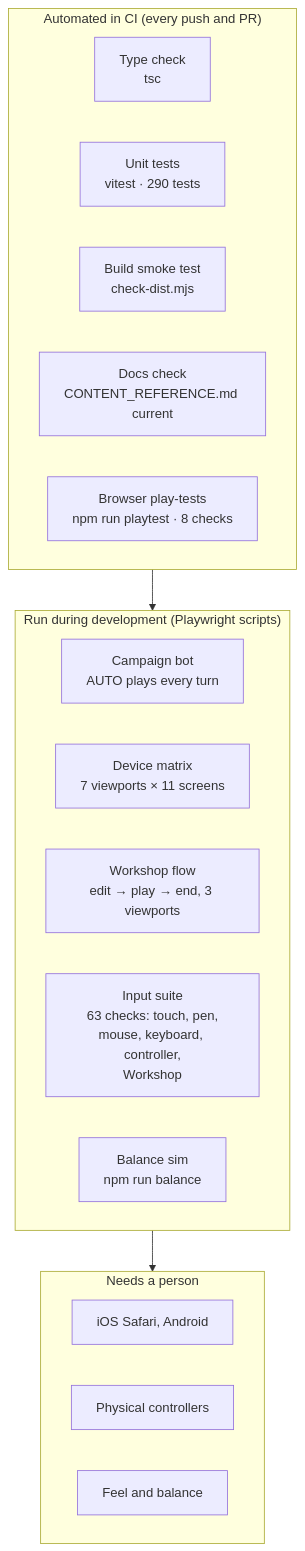
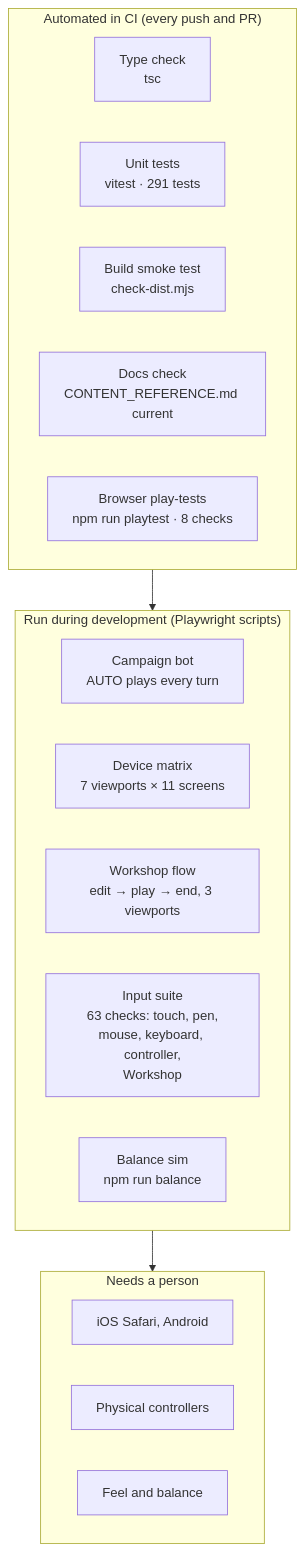
Before and after one commit to CptNope/Chess-RPG-Tactics: the diagram in docs/TESTING.md, drawn with Mermaid. The commit also changed other lines of this file and 11 other files, not shown here.

````diff
--- a/docs/TESTING.md
+++ b/docs/TESTING.md
@@ -9,23 +9,23 @@
 ```mermaid
 flowchart TB
     subgraph Auto["Automated in CI (every push and PR)"]
         T1["Type check<br/>tsc"]
-        T2["Unit tests<br/>vitest · 290 tests"]
+        T2["Unit tests<br/>vitest · 291 tests"]
         T3["Build smoke test<br/>check-dist.mjs"]
         T4["Docs check<br/>CONTENT_REFERENCE.md current"]
         T5["Browser play-tests<br/>npm run playtest · 8 checks"]
     end
     subgraph Dev["Run during development (Playwright scripts)"]
         P1["Campaign bot<br/>AUTO plays every turn"]
         P2["Device matrix<br/>7 viewports × 11 screens"]
         P4["Workshop flow<br/>edit → play → end, 3 viewports"]
         P3["Input suite<br/>63 checks: touch, pen,<br/>mouse, keyboard, controller,<br/>Workshop"]
         P5["Balance sim<br/>npm run balance"]
     end
     subgraph Human["Needs a person"]
         H1["iOS Safari, Android"]
         H2["Physical controllers"]
         H3["Feel and balance"]
     end
     Auto --> Dev --> Human
 ```
````
